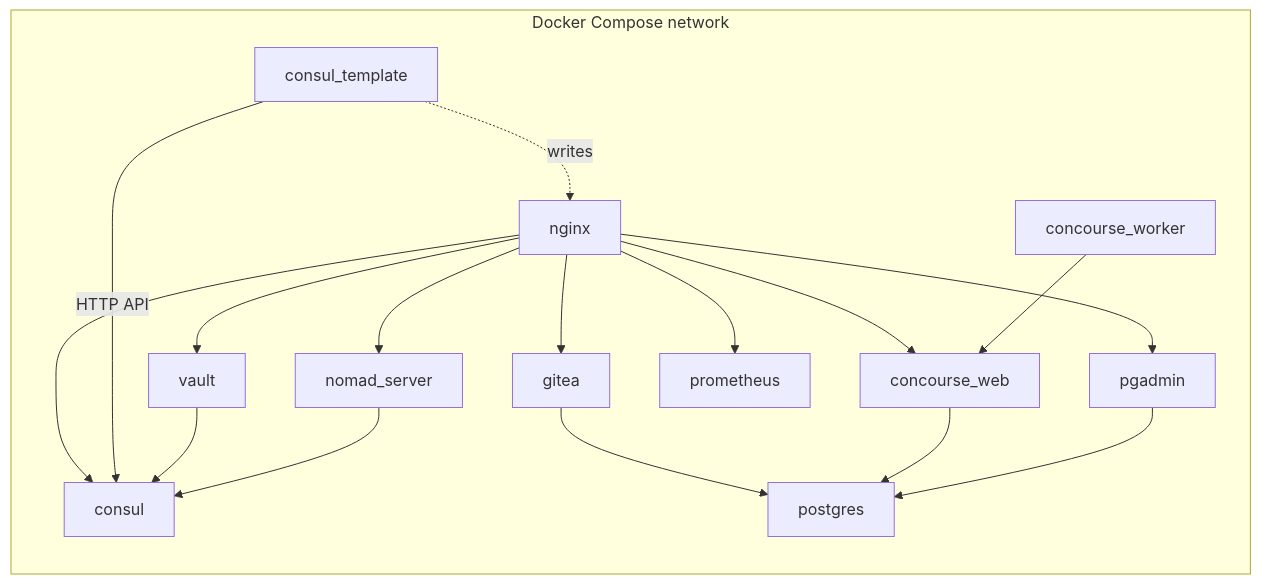
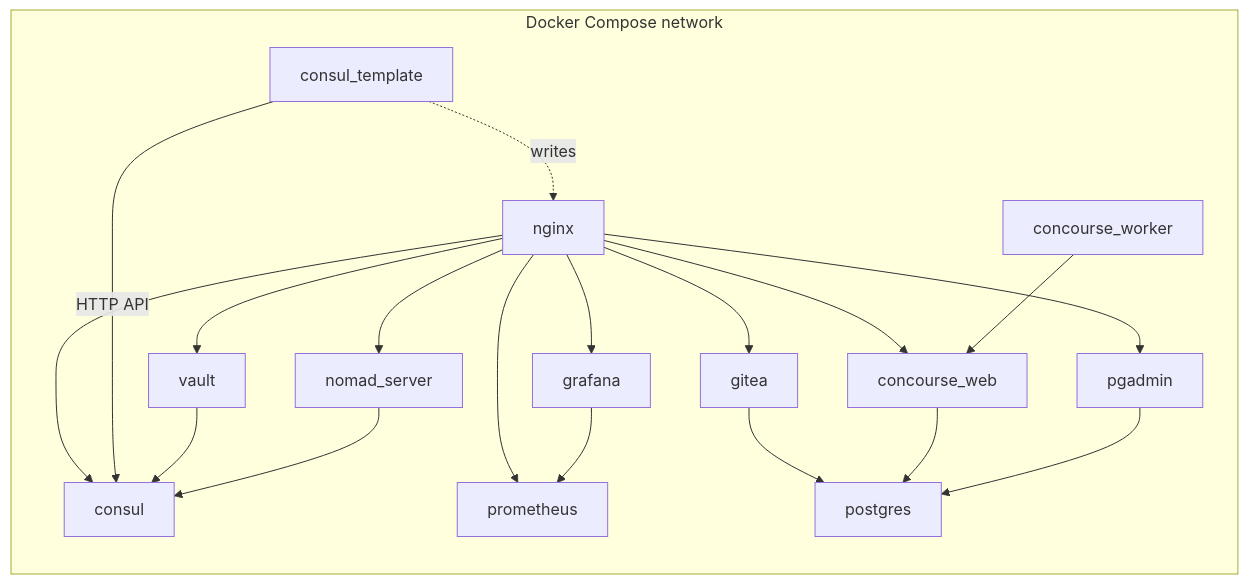
Before and after one commit to bryan-abrams/mini-cloud: the second of 7 diagrams in docs/architecture.md, drawn with Mermaid. The commit also changed other lines of this file and 6 other files, not shown here.

````diff
--- a/docs/architecture.md
+++ b/docs/architecture.md
@@ -89,35 +92,38 @@
 ```mermaid
 flowchart LR
     subgraph compose["Docker Compose network"]
         nginx
         consul_template
         consul
         vault
         nomad_server
         postgres
         gitea
         concourse_web
         concourse_worker
         pgadmin
         prometheus
+        grafana
     end
 
     nginx --> gitea
     nginx --> vault
     nginx --> pgadmin
     nginx --> consul
     nginx --> nomad_server
     nginx --> concourse_web
     nginx --> prometheus
+    nginx --> grafana
 
     consul_template -->|"HTTP API"| consul
     consul_template -.->|"writes"| nginx
 
     vault --> consul
     nomad_server --> consul
+    grafana --> prometheus
 
     gitea --> postgres
     concourse_web --> postgres
     pgadmin --> postgres
     concourse_worker --> concourse_web
 ```
````
